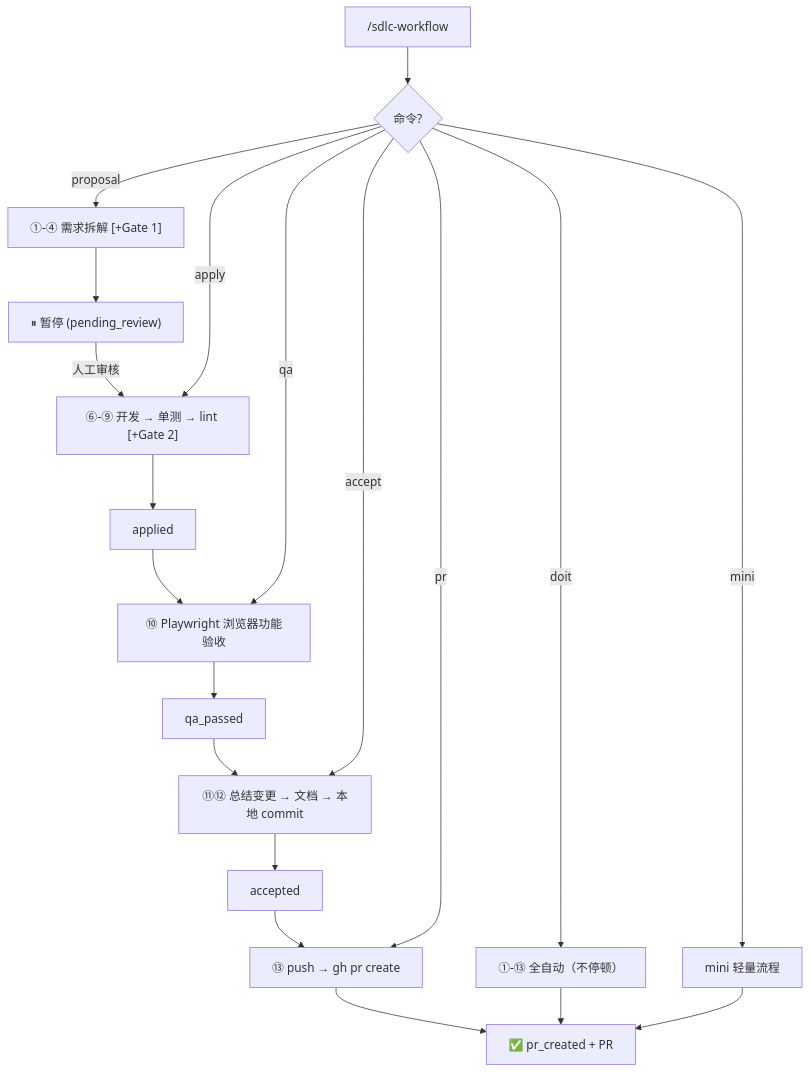
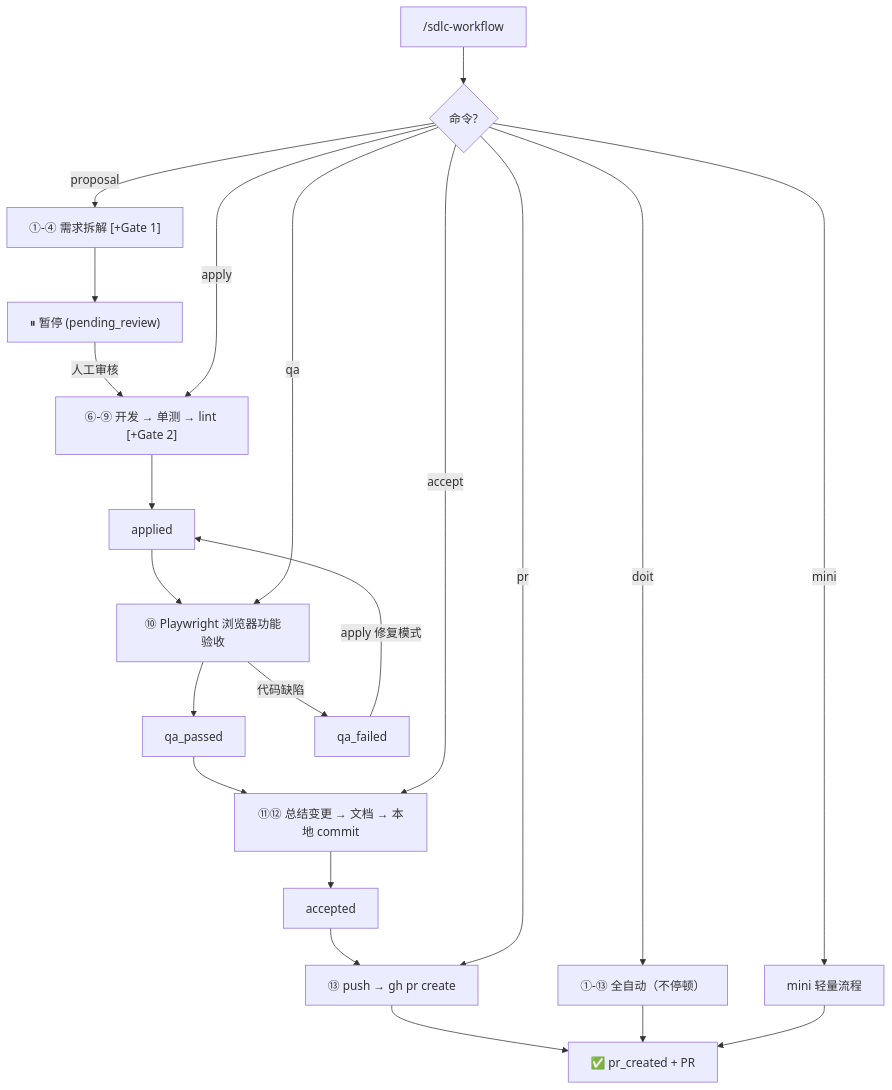
One commit to evan-e2438927/sdlc-workflow changed the diagram in README.zh-CN.md. Above: the diagram before and after it, drawn with Mermaid. The commit also changed other lines of this file and 7 other files, not shown here.

````diff
--- a/README.zh-CN.md
+++ b/README.zh-CN.md
@@ -264,28 +264,30 @@
 ```mermaid
 graph TD
     START["/sdlc-workflow"] --> CMD{命令?}
     CMD -->|proposal| P1["①-④ 需求拆解 [+Gate 1]"]
     P1 --> P_STOP["⏸ 暂停 (pending_review)"]
     P_STOP -->|人工审核| APPLY
 
     CMD -->|apply| APPLY["⑥-⑨ 开发 → 单测 → lint [+Gate 2]"]
     APPLY --> A_END["applied"]
     A_END --> QA
 
     CMD -->|qa| QA["⑩ Playwright 浏览器功能验收"]
     QA --> Q_END["qa_passed"]
+    QA -->|代码缺陷| Q_FAIL["qa_failed"]
+    Q_FAIL -->|apply 修复模式| A_END
     Q_END --> ACCEPT
 
     CMD -->|accept| ACCEPT["⑪⑫ 总结变更 → 文档 → 本地 commit"]
     ACCEPT --> AC_END["accepted"]
     AC_END --> PR
 
     CMD -->|pr| PR["⑬ push → gh pr create"]
     PR --> END["✅ pr_created + PR"]
 
     CMD -->|doit| DOIT["①-⑬ 全自动（不停顿）"]
     DOIT --> END
 
     CMD -->|mini| MINI["mini 轻量流程"]
     MINI --> END
 ```
````
